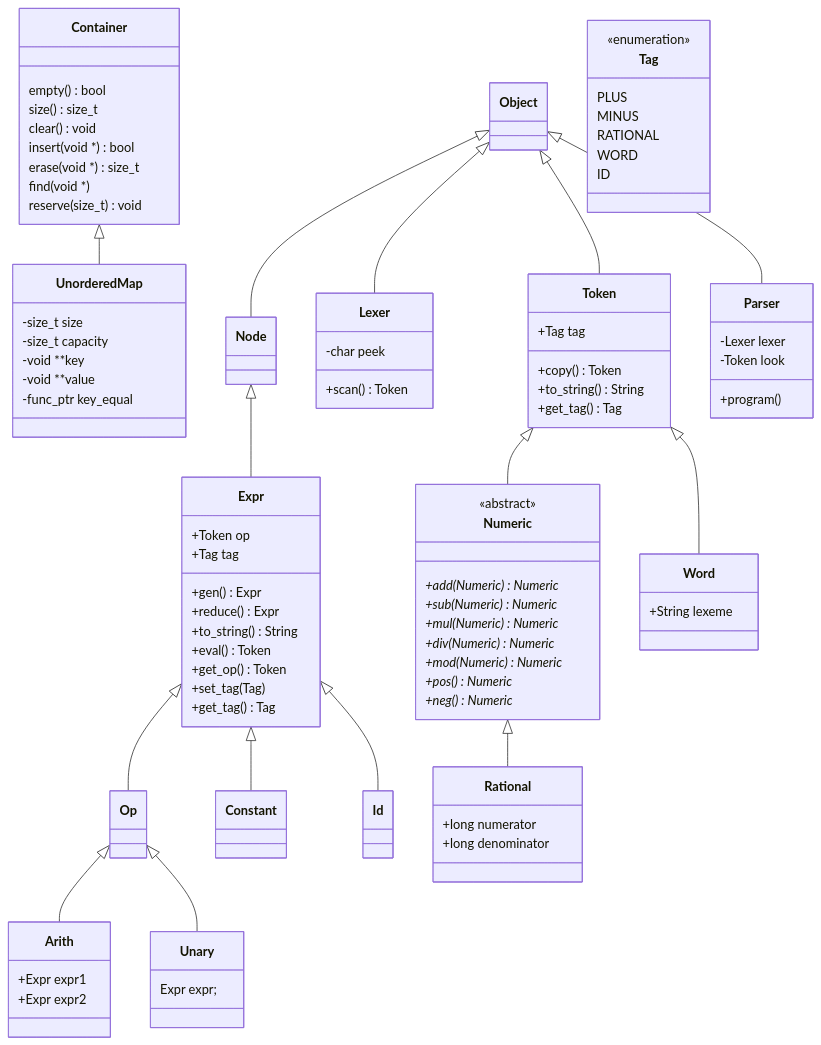
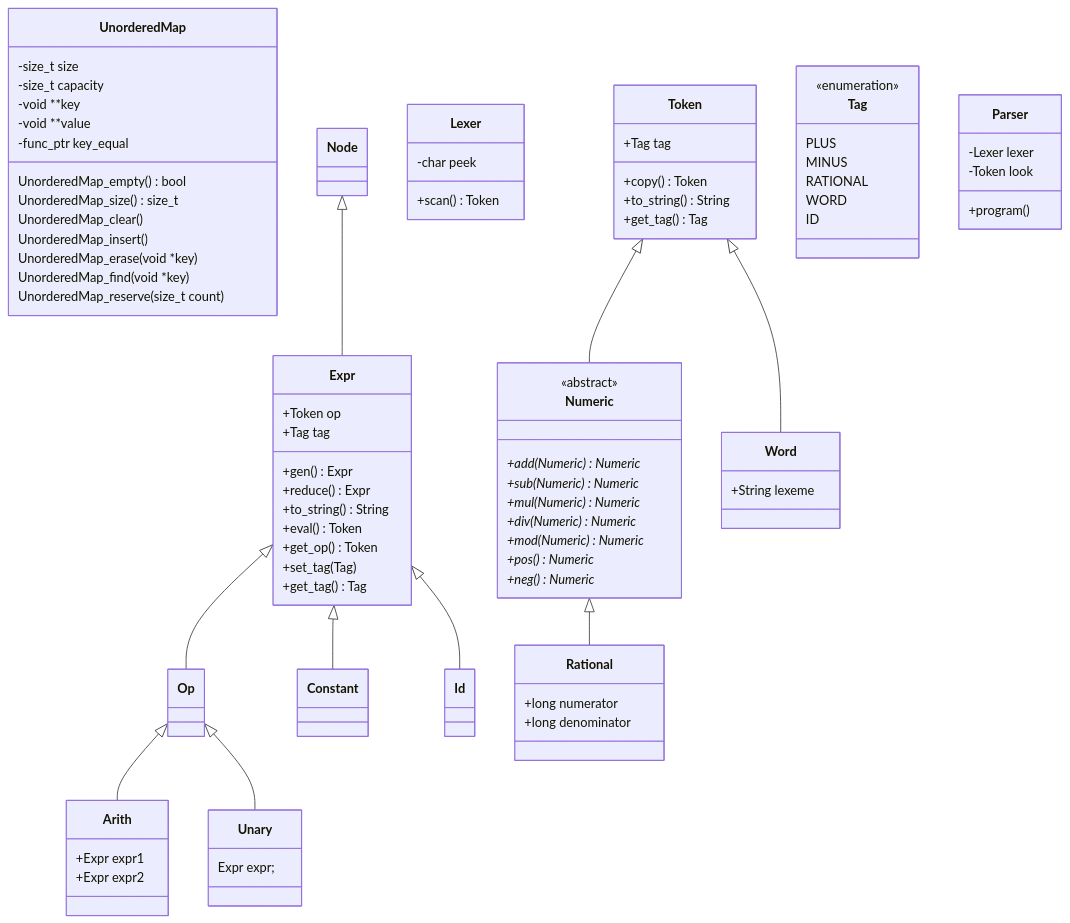
Before and after one commit to nwhean/42_computorv: the diagram in diagram.md, drawn with Mermaid. The commit also changed 11 other files, not shown here.

Commit message:
Removed Container class and Updated UnorderedMap is an independent class

````diff
--- a/diagram.md
+++ b/diagram.md
@@ -1,17 +1,6 @@
 ```mermaid
 classDiagram
 	%% container
-	class Container {
-		empty() bool
-		size() size_t
-		clear() void
-		insert(void *) bool
-		erase(void *) size_t
-		find(void *)
-		reserve(size_t) void
-	}
-
-	Container <|-- UnorderedMap
 
 	class UnorderedMap {
 		-size_t size
@@ -19,6 +8,13 @@
 		-void **key
 		-void **value
 		-func_ptr key_equal
+		UnorderedMap_empty() bool
+		UnorderedMap_size() size_t
+		UnorderedMap_clear()
+		UnorderedMap_insert()
+		UnorderedMap_erase(void *key)
+		UnorderedMap_find(void *key)
+		UnorderedMap_reserve(size_t count)
 	}
 
 
@@ -47,7 +43,7 @@
 	}
 
 	Expr <|-- Id
-	Object <|-- Node
+	Class Node
 	Expr <|-- Op
 	Op <|-- Unary
 
@@ -57,8 +53,6 @@
 
 
 	%% lexer
-
-	Object <|-- Lexer
 
 	class Lexer {
 		-char peek
@@ -85,8 +79,6 @@
 		+long denominator
 	}
 
-	Object <|-- Token
-
 	class Tag {
 		<<enumeration>>
 		PLUS
@@ -112,8 +104,6 @@
 
 	%% parser
 
-	Object <|-- Parser
-
 	class Parser {
 		-Lexer lexer
 		-Token look
````
